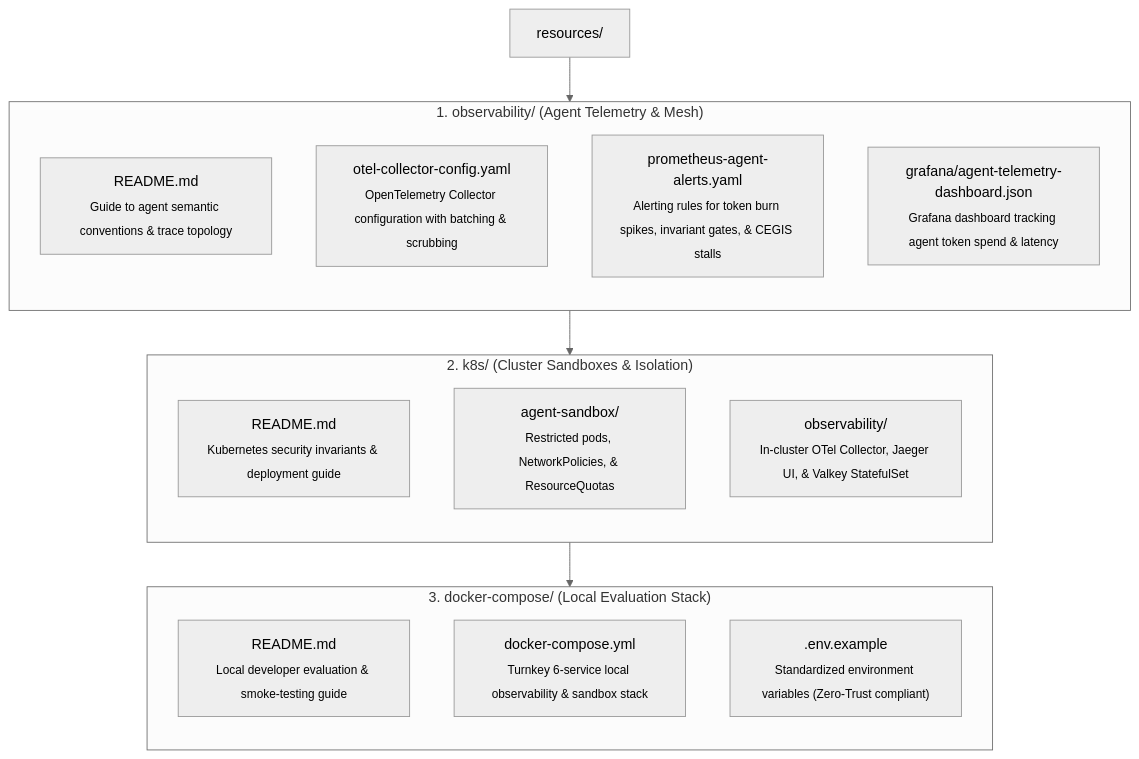
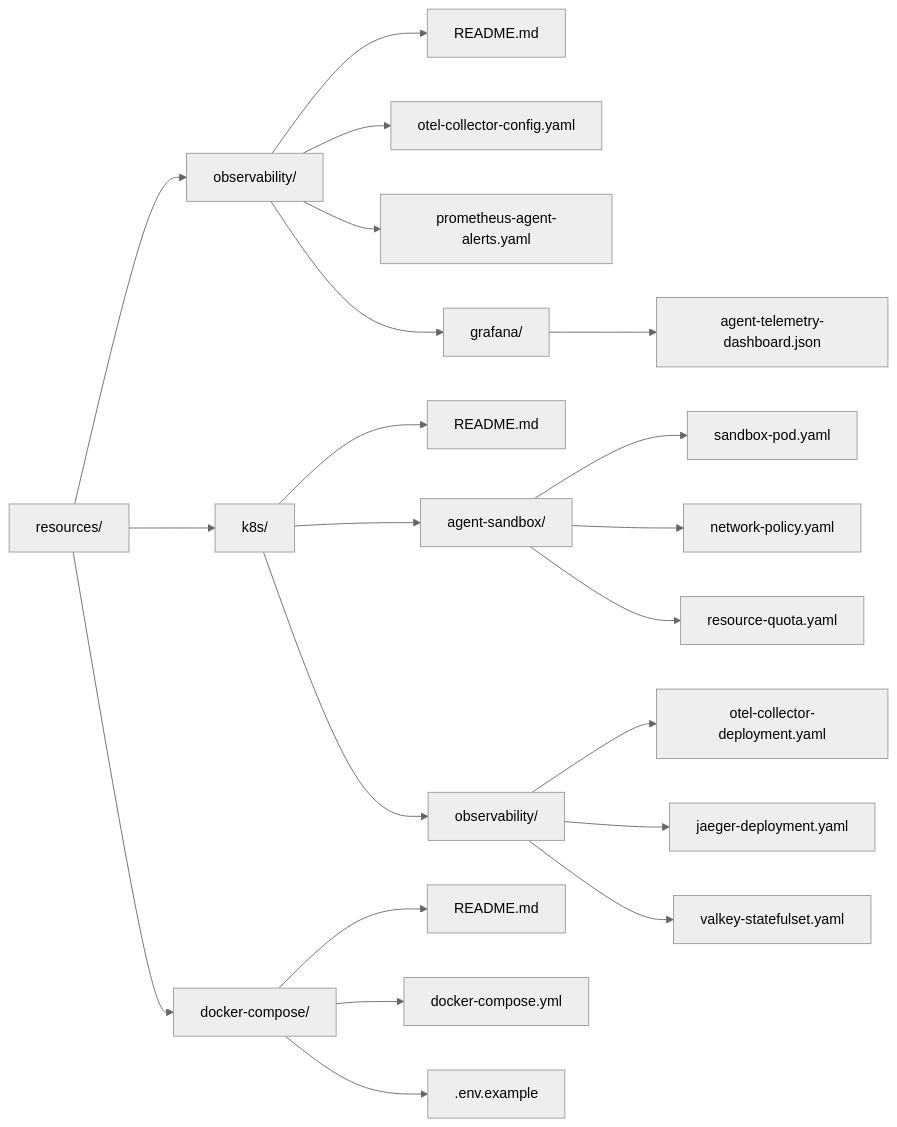
One commit to dan-petty/vibes changed the diagram in resources/README.md. Above: the diagram before and after it, drawn with Mermaid (neutral theme). The commit also changed 6 other files, not shown here.

````diff
--- a/resources/README.md
+++ b/resources/README.md
@@ -9,30 +9,27 @@
 ```mermaid
-flowchart TD
+flowchart LR
     Res["resources/"]
 
-    subgraph Obs["1. observability/ (Agent Telemetry & Mesh)"]
-        direction TB
-        O_Readme["README.md<br><sub>Guide to agent semantic conventions & trace topology</sub>"]
-        O_Collector["otel-collector-config.yaml<br><sub>OpenTelemetry Collector configuration with batching & scrubbing</sub>"]
-        O_Alerts["prometheus-agent-alerts.yaml<br><sub>Alerting rules for token burn spikes, invariant gates, & CEGIS stalls</sub>"]
-        O_Dashboard["grafana/agent-telemetry-dashboard.json<br><sub>Grafana dashboard tracking agent token spend & latency</sub>"]
-    end
+    Res --> Obs["observability/"]
+    Obs --> O1["README.md"]
+    Obs --> O2["otel-collector-config.yaml"]
+    Obs --> O3["prometheus-agent-alerts.yaml"]
+    Obs --> Grafana["grafana/"]
+    Grafana --> G1["agent-telemetry-dashboard.json"]
 
-    subgraph K8s["2. k8s/ (Cluster Sandboxes & Isolation)"]
-        direction TB
-        K_Readme["README.md<br><sub>Kubernetes security invariants & deployment guide</sub>"]
-        K_Sandbox["agent-sandbox/<br><sub>Restricted pods, NetworkPolicies, & ResourceQuotas</sub>"]
-        K_Obs["observability/<br><sub>In-cluster OTel Collector, Jaeger UI, & Valkey StatefulSet</sub>"]
-    end
+    Res --> K8s["k8s/"]
+    K8s --> K1["README.md"]
+    K8s --> Sandbox["agent-sandbox/"]
+    Sandbox --> S1["sandbox-pod.yaml"]
+    Sandbox --> S2["network-policy.yaml"]
+    Sandbox --> S3["resource-quota.yaml"]
+    K8s --> KObs["observability/"]
+    KObs --> KO1["otel-collector-deployment.yaml"]
+    KObs --> KO2["jaeger-deployment.yaml"]
+    KObs --> KO3["valkey-statefulset.yaml"]
 
-    subgraph Compose["3. docker-compose/ (Local Evaluation Stack)"]
-        direction TB
-        C_Readme["README.md<br><sub>Local developer evaluation & smoke-testing guide</sub>"]
-        C_Yaml["docker-compose.yml<br><sub>Turnkey 6-service local observability & sandbox stack</sub>"]
-        C_Env[".env.example<br><sub>Standardized environment variables (Zero-Trust compliant)</sub>"]
-    end
-
-    Res --> Obs
-    Obs --> K8s
-    K8s --> Compose
+    Res --> Compose["docker-compose/"]
+    Compose --> C1["README.md"]
+    Compose --> C2["docker-compose.yml"]
+    Compose --> C3[".env.example"]
 ```
````
